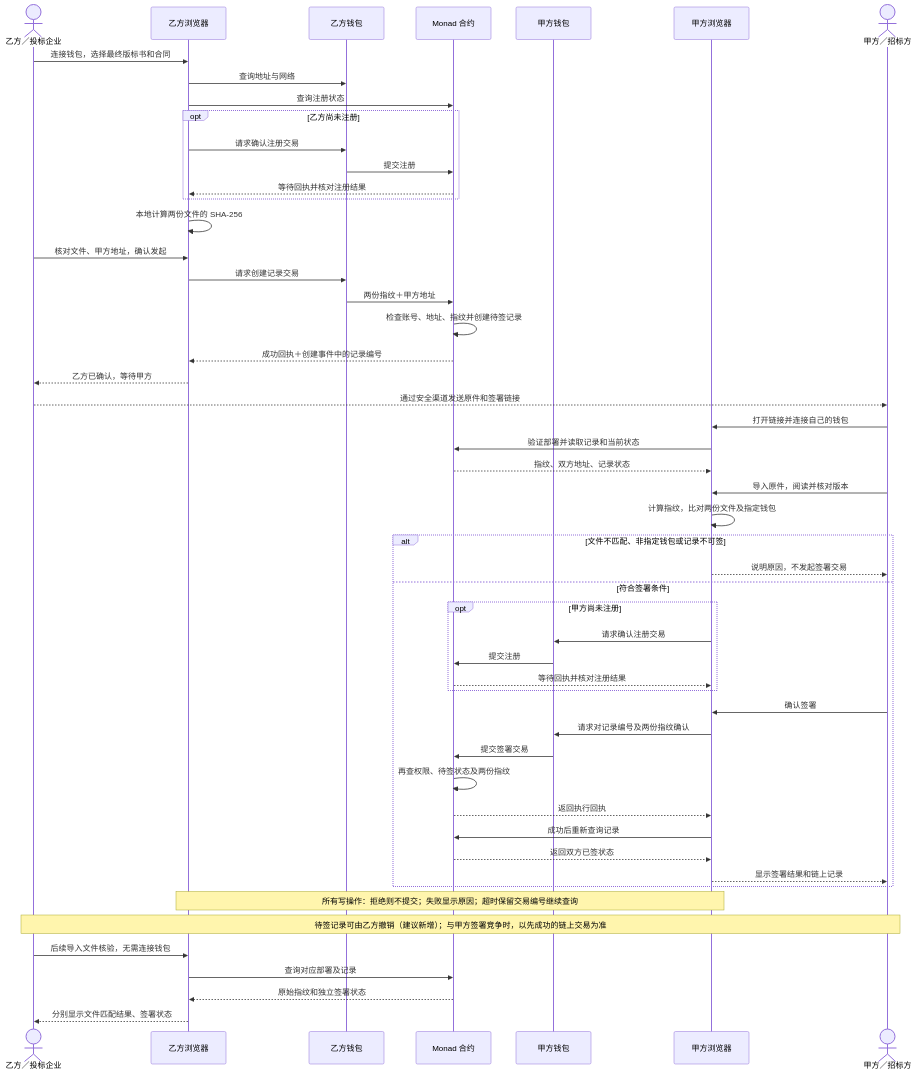
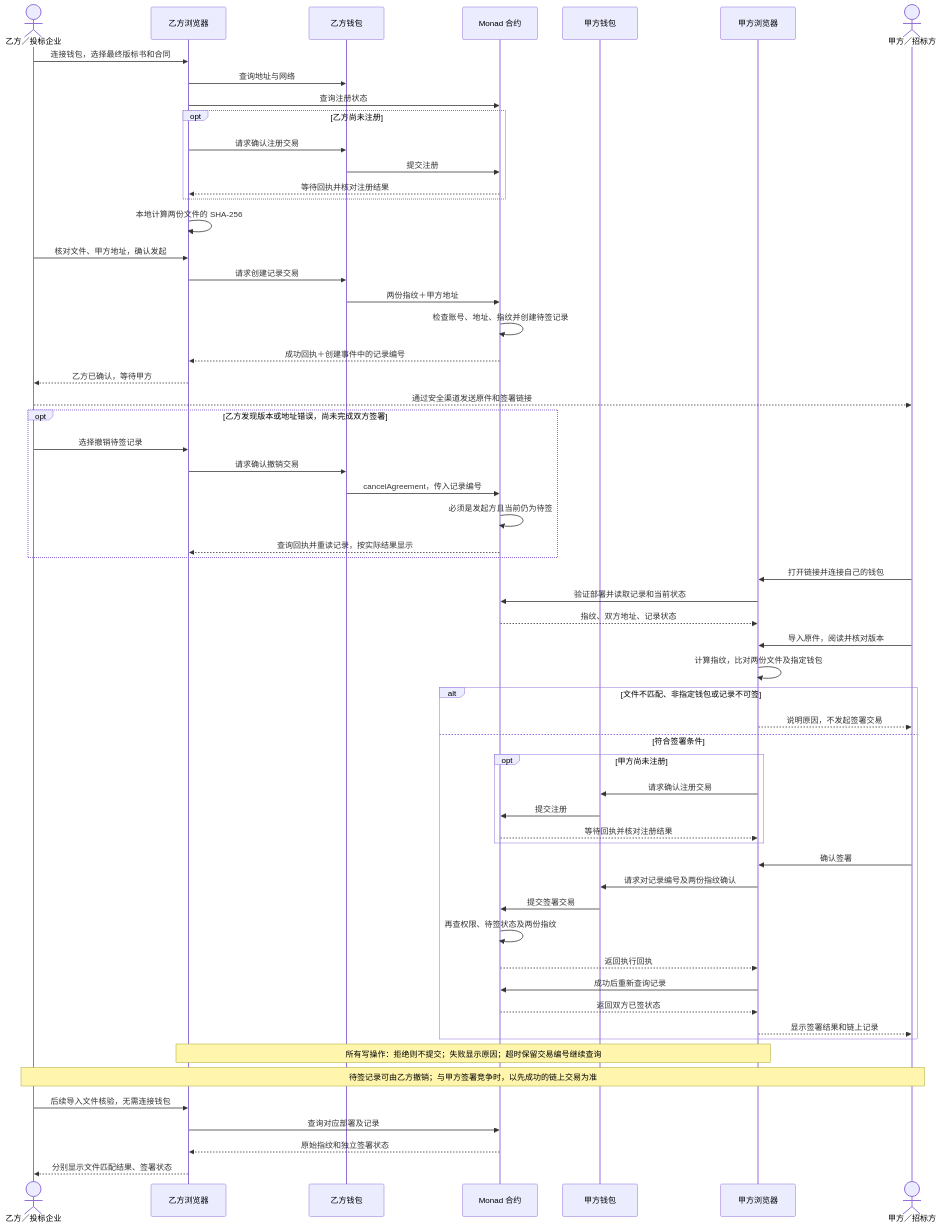
One commit to Allenth/monad-spark changed the second of 2 diagrams in docs/FLOW_REVIEW.md. Above: the diagram before and after it, drawn with Mermaid. The commit also changed other lines of this file and 8 other files, not shown here.

````diff
--- a/docs/FLOW_REVIEW.md
+++ b/docs/FLOW_REVIEW.md
@@ -45,54 +45,61 @@
 ```mermaid
 sequenceDiagram
     actor A as 乙方／投标企业
     participant P as 乙方浏览器
     participant WA as 乙方钱包
     participant C as Monad 合约
     participant WB as 甲方钱包
     participant Q as 甲方浏览器
     actor B as 甲方／招标方
     A->>P: 连接钱包，选择最终版标书和合同
     P->>WA: 查询地址与网络
     P->>C: 查询注册状态
     opt 乙方尚未注册
         P->>WA: 请求确认注册交易
         WA->>C: 提交注册
         C-->>P: 等待回执并核对注册结果
     end
     P->>P: 本地计算两份文件的 SHA-256
     A->>P: 核对文件、甲方地址，确认发起
     P->>WA: 请求创建记录交易
     WA->>C: 两份指纹＋甲方地址
     C->>C: 检查账号、地址、指纹并创建待签记录
     C-->>P: 成功回执＋创建事件中的记录编号
     P-->>A: 乙方已确认，等待甲方
     A-->>B: 通过安全渠道发送原件和签署链接
+    opt 乙方发现版本或地址错误，尚未完成双方签署
+        A->>P: 选择撤销待签记录
+        P->>WA: 请求确认撤销交易
+        WA->>C: cancelAgreement，传入记录编号
+        C->>C: 必须是发起方且当前仍为待签
+        C-->>P: 查询回执并重读记录，按实际结果显示
+    end
     B->>Q: 打开链接并连接自己的钱包
     Q->>C: 验证部署并读取记录和当前状态
     C-->>Q: 指纹、双方地址、记录状态
     B->>Q: 导入原件，阅读并核对版本
     Q->>Q: 计算指纹，比对两份文件及指定钱包
     alt 文件不匹配、非指定钱包或记录不可签
         Q-->>B: 说明原因，不发起签署交易
     else 符合签署条件
         opt 甲方尚未注册
             Q->>WB: 请求确认注册交易
             WB->>C: 提交注册
             C-->>Q: 等待回执并核对注册结果
         end
         B->>Q: 确认签署
         Q->>WB: 请求对记录编号及两份指纹确认
         WB->>C: 提交签署交易
         C->>C: 再查权限、待签状态及两份指纹
         C-->>Q: 返回执行回执
         Q->>C: 成功后重新查询记录
         C-->>Q: 返回双方已签状态
         Q-->>B: 显示签署结果和链上记录
     end
     Note over P,Q: 所有写操作：拒绝则不提交；失败显示原因；超时保留交易编号继续查询
-    Note over A,B: 待签记录可由乙方撤销（建议新增）；与甲方签署竞争时，以先成功的链上交易为准
+    Note over A,B: 待签记录可由乙方撤销；与甲方签署竞争时，以先成功的链上交易为准
     A->>P: 后续导入文件核验，无需连接钱包
     P->>C: 查询对应部署及记录
     C-->>P: 原始指纹和独立签署状态
     P-->>A: 分别显示文件匹配结果、签署状态
 ```
````
